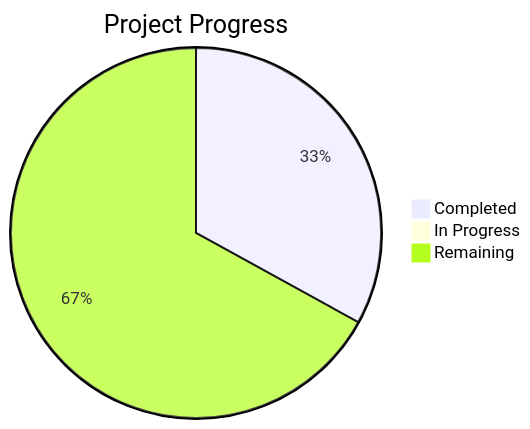
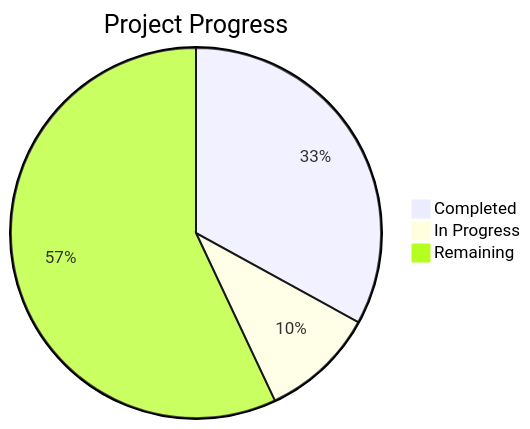
One commit to aleknitka/Predictive-Poultry-Systems changed the diagram in .planning/STATE.md. Above: the diagram before and after it, drawn with Mermaid. The commit also changed other lines of this file and 4 other files, not shown here.

````diff
--- a/.planning/STATE.md
+++ b/.planning/STATE.md
@@ -15,6 +15,6 @@
 ```mermaid
 pie title Project Progress
     "Completed" : 33
-    "In Progress" : 0
-    "Remaining" : 67
+    "In Progress" : 10
+    "Remaining" : 57
 ```
````
